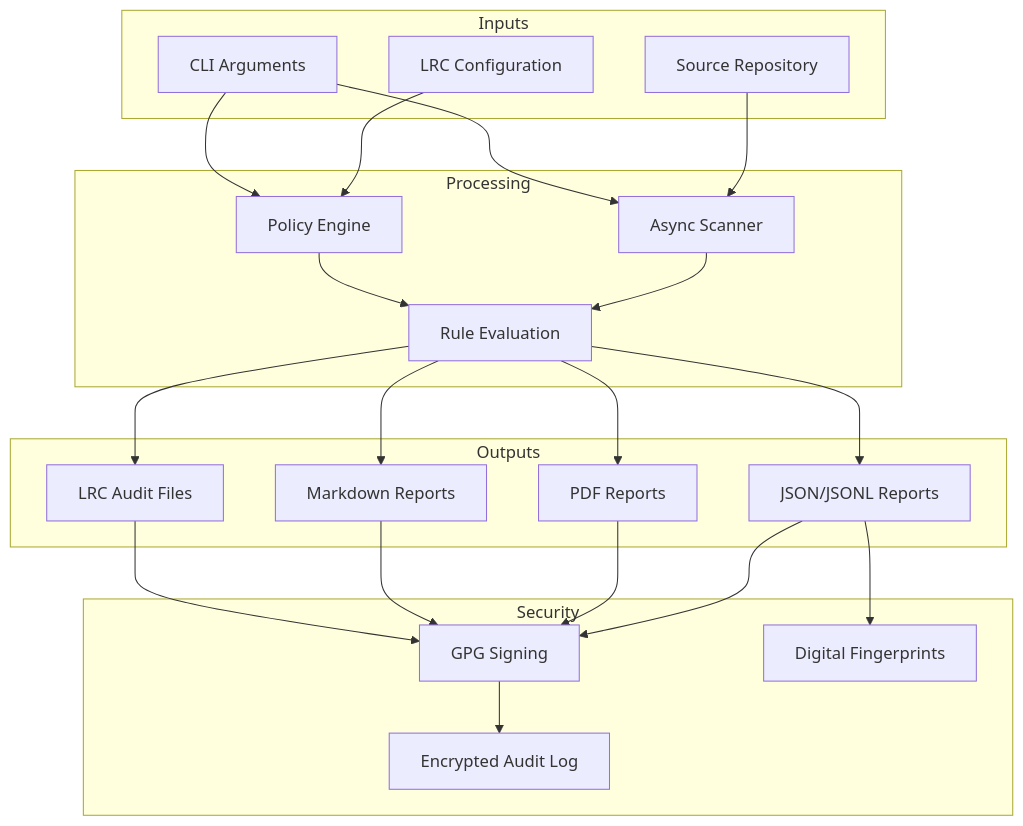
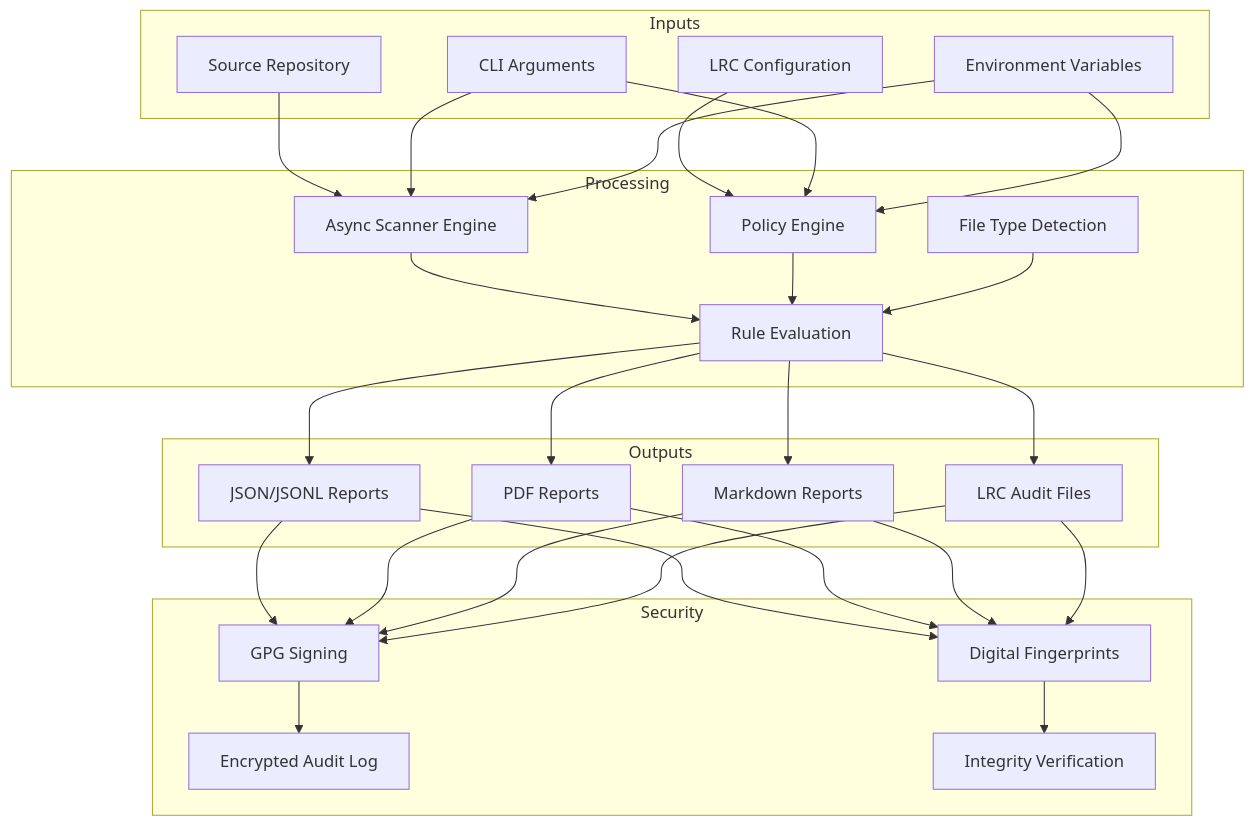
One commit to Justadudeinspace/dat changed the diagram in README.md. Above: the diagram before and after it, drawn with Mermaid. The commit also changed other lines of this file and 19 other files, not shown here.

````diff
--- a/README.md
+++ b/README.md
@@ -20,47 +21,59 @@
 ```mermaid
 graph TB
     subgraph Inputs
         A[Source Repository]
         B[LRC Configuration]
         C[CLI Arguments]
+        D[Environment Variables]
     end
     
     subgraph Processing
-        D[Async Scanner]
-        E[Policy Engine]
-        F[Rule Evaluation]
+        E[Async Scanner Engine]
+        F[Policy Engine]
+        G[Rule Evaluation]
+        H[File Type Detection]
     end
     
     subgraph Outputs
-        G[JSON/JSONL Reports]
-        H[PDF Reports]
-        I[Markdown Reports]
-        J[LRC Audit Files]
+        I[JSON/JSONL Reports]
+        J[PDF Reports]
+        K[Markdown Reports]
+        L[LRC Audit Files]
     end
     
     subgraph Security
-        K[GPG Signing]
-        L[Encrypted Audit Log]
-        M[Digital Fingerprints]
+        M[GPG Signing]
+        N[Encrypted Audit Log]
+        O[Digital Fingerprints]
+        P[Integrity Verification]
     end
     
-    A --> D
-    B --> E
-    C --> D
+    A --> E
+    B --> F
     C --> E
+    C --> F
+    D --> E
+    D --> F
     
-    D --> F
-    E --> F
+    E --> G
     F --> G
-    F --> H
-    F --> I
-    F --> J
+    H --> G
     
+    G --> I
+    G --> J
     G --> K
-    H --> K
-    I --> K
-    J --> K
+    G --> L
     
-    K --> L
-    G --> M
+    I --> M
+    J --> M
+    K --> M
+    L --> M
+    
+    M --> N
+    I --> O
+    J --> O
+    K --> O
+    L --> O
+    
+    O --> P
 ```
````
